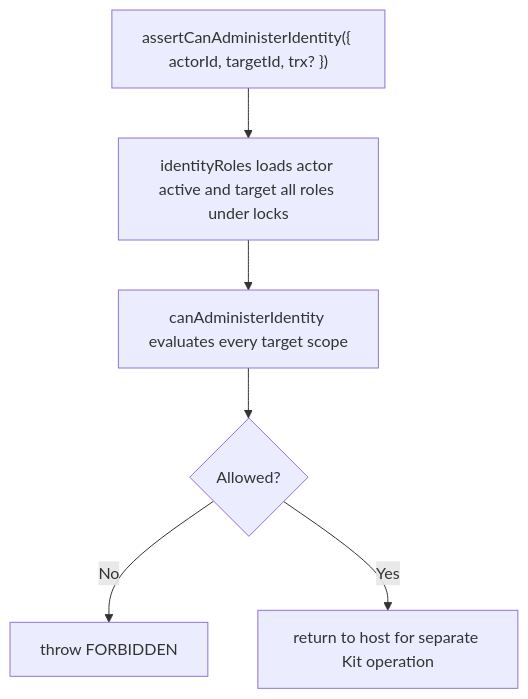
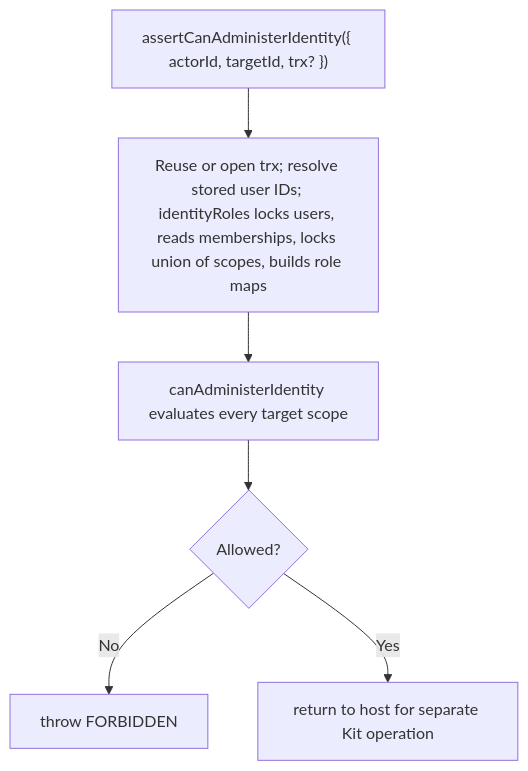
The second of 2 diagrams in user-stories/US-ACCESS-11-administer-account-identity.md (Kevinjohn/oss-adonisjs-access-control), drawn with Mermaid before and after one commit. The commit also changed other lines of this file and 31 other files, not shown here.

````diff
--- a/user-stories/US-ACCESS-11-administer-account-identity.md
+++ b/user-stories/US-ACCESS-11-administer-account-identity.md
@@ -32,8 +32,8 @@
 ```mermaid
 flowchart TD
-    A["assertCanAdministerIdentity({ actorId, targetId, trx? })"] --> B["identityRoles loads actor active and target all roles under locks"]
+    A["assertCanAdministerIdentity({ actorId, targetId, trx? })"] --> B["Reuse or open trx; resolve stored user IDs; identityRoles locks users, reads memberships, locks union of scopes, builds role maps"]
     B --> C["canAdministerIdentity evaluates every target scope"]
     C --> D{"Allowed?"}
     D -->|No| E["throw FORBIDDEN"]
     D -->|Yes| F["return to host for separate Kit operation"]
 ```
````
